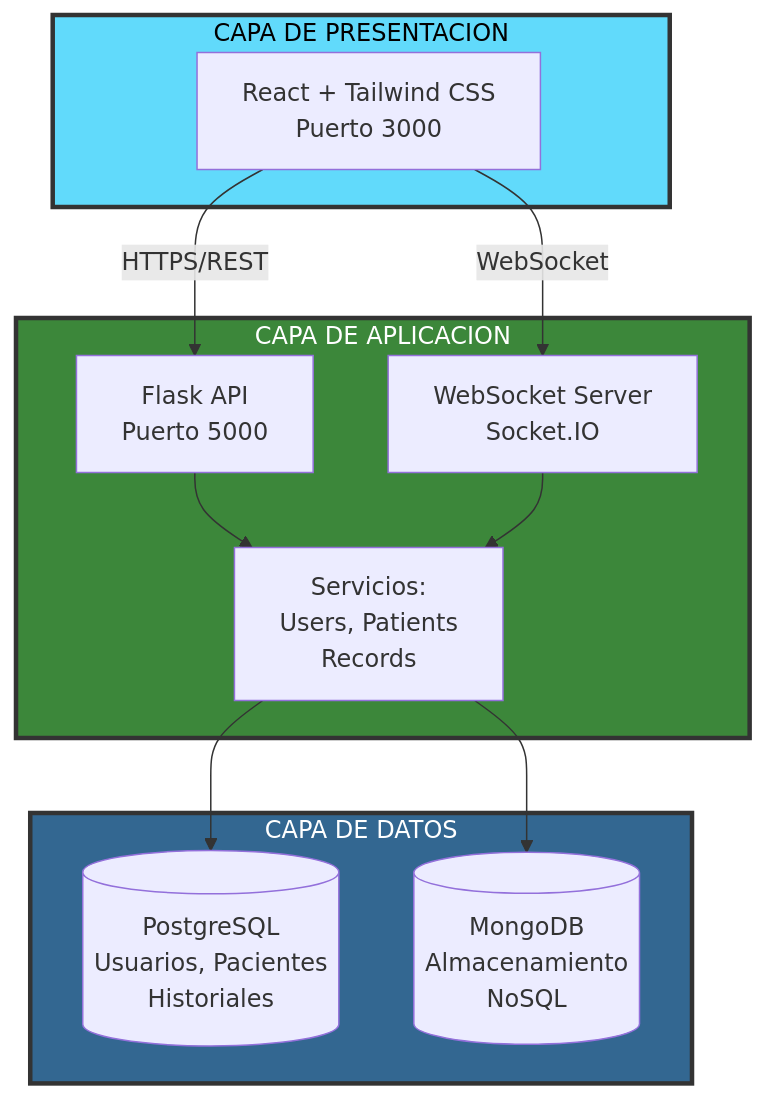
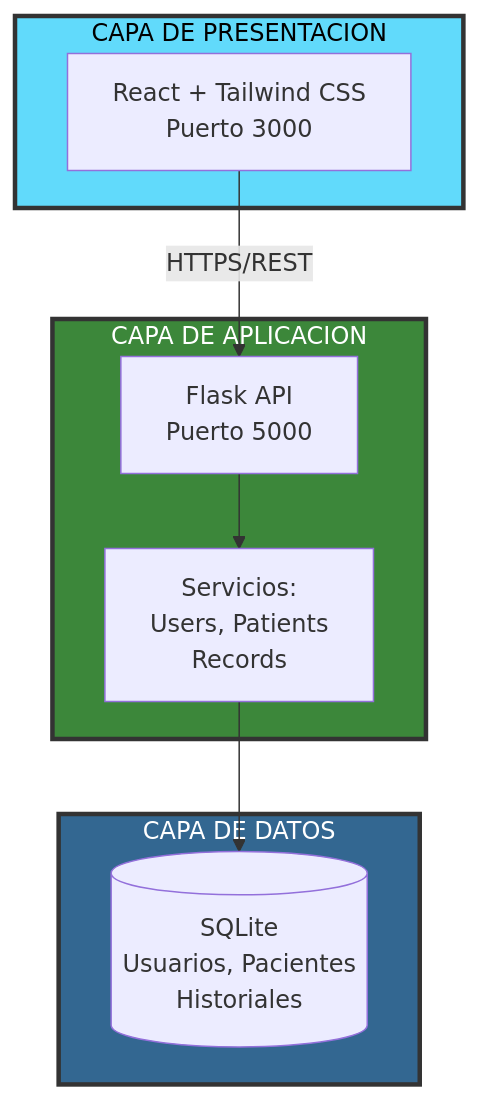
Before and after one commit to dIAgnoseTeam/dIAgnose: the first of 5 diagrams in README.md, drawn with Mermaid. The commit also changed other lines of this file, not shown here.

````diff
--- a/README.md
+++ b/README.md
@@ -39,32 +39,26 @@
 ```mermaid
 graph TB
     subgraph Client["CAPA DE PRESENTACION"]
         UI[React + Tailwind CSS<br/>Puerto 3000]
     end
 
     subgraph API["CAPA DE APLICACION"]
         Flask[Flask API<br/>Puerto 5000]
-        WS[WebSocket Server<br/>Socket.IO]
 
         Services[Servicios:<br/>Users, Patients<br/>Records]
     end
 
     subgraph Database["CAPA DE DATOS"]
-        PG[(PostgreSQL<br/>Usuarios, Pacientes<br/>Historiales)]
-
-        MDB[(MongoDB<br/>Almacenamiento<br/>NoSQL)]
+        SQLite[(SQLite<br/>Usuarios, Pacientes<br/>Historiales)]
     end
 
     UI -->|HTTPS/REST| Flask
-    UI -->|WebSocket| WS
 
     Flask --> Services
-    WS --> Services
 
-    Services --> PG
-    Services --> MDB
+    Services --> SQLite
 
     style Client fill:#61dafb,stroke:#333,stroke-width:3px,color:#000
     style API fill:#3c873a,stroke:#333,stroke-width:3px,color:#fff
     style Database fill:#336791,stroke:#333,stroke-width:3px,color:#fff
 ```
````
